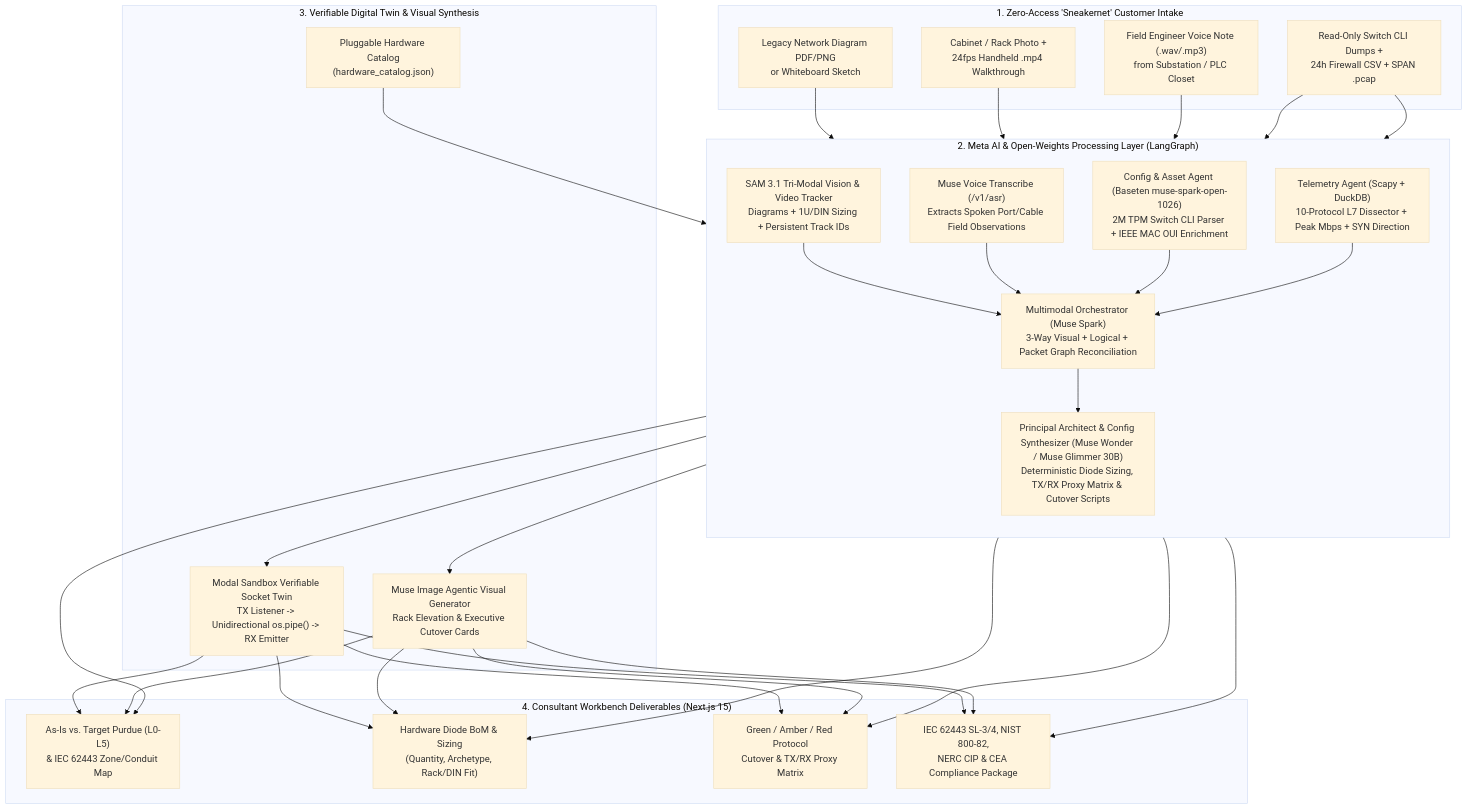
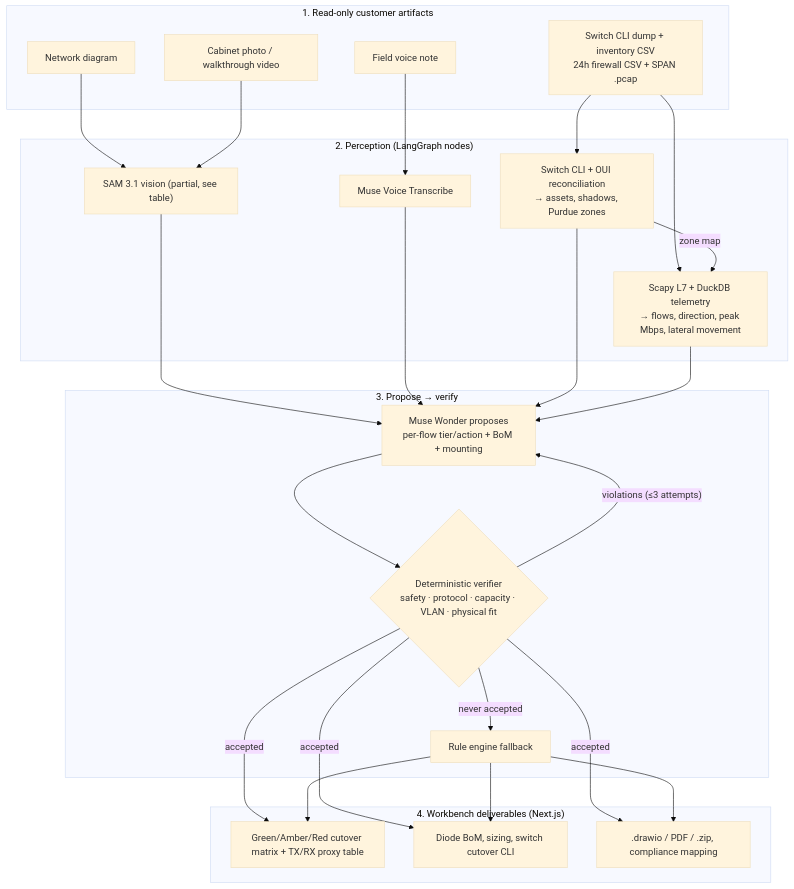
The first of 2 diagrams in README.md (lopesrohan1988/conduit-ai), drawn with Mermaid (base theme) before and after one commit. The commit also changed other lines of this file, not shown here.

Commit message:
docs(readme): replace over-claims with measured results and live-status table

````diff
--- a/README.md
+++ b/README.md
@@ -42,41 +77,38 @@
 ```mermaid
 flowchart TD
-    subgraph Intake["1. Zero-Access 'Sneakernet' Customer Intake"]
-        I1["Legacy Network Diagram PDF/PNG<br/>or Whiteboard Sketch"]
-        I2["Cabinet / Rack Photo +<br/>24fps Handheld .mp4 Walkthrough"]
-        I3["Field Engineer Voice Note (.wav/.mp3)<br/>from Substation / PLC Closet"]
-        I4["Read-Only Switch CLI Dumps +<br/>24h Firewall CSV + SPAN .pcap"]
+    subgraph Intake["1. Read-only customer artifacts"]
+        I1["Network diagram"]
+        I2["Cabinet photo / walkthrough video"]
+        I3["Field voice note"]
+        I4["Switch CLI dump + inventory CSV<br/>24h firewall CSV + SPAN .pcap"]
     end
 
-    subgraph Agents["2. Meta AI & Open-Weights Processing Layer (LangGraph)"]
-        direction TB
-        V1["SAM 3.1 Tri-Modal Vision & Video Tracker<br/>Diagrams + 1U/DIN Sizing + Persistent Track IDs"]
-        ASR["Muse Voice Transcribe (/v1/asr)<br/>Extracts Spoken Port/Cable Field Observations"]
-        P1["Config & Asset Agent (Baseten muse-spark-open-1026)<br/>2M TPM Switch CLI Parser + IEEE MAC OUI Enrichment"]
-        T1["Telemetry Agent (Scapy + DuckDB)<br/>10-Protocol L7 Dissector + Peak Mbps + SYN Direction"]
-        SUP["Multimodal Orchestrator (Muse Spark)<br/>3-Way Visual + Logical + Packet Graph Reconciliation"]
-        ARCH["Principal Architect & Config Synthesizer (Muse Wonder / Muse Glimmer 30B)<br/>Deterministic Diode Sizing, TX/RX Proxy Matrix & Cutover Scripts"]
+    subgraph Perception["2. Perception (LangGraph nodes)"]
+        V1["SAM 3.1 vision (partial, see table)"]
+        ASR["Muse Voice Transcribe"]
+        P1["Switch CLI + OUI reconciliation<br/>→ assets, shadows, Purdue zones"]
+        T1["Scapy L7 + DuckDB telemetry<br/>→ flows, direction, peak Mbps, lateral movement"]
     end
 
-    subgraph Engine["3. Verifiable Digital Twin & Visual Synthesis"]
-        CAT["Pluggable Hardware Catalog<br/>(hardware_catalog.json)"]
-        SIM["Modal Sandbox Verifiable Socket Twin<br/>TX Listener -> Unidirectional os.pipe() -> RX Emitter"]
-        IMG["Muse Image Agentic Visual Generator<br/>Rack Elevation & Executive Cutover Cards"]
+    subgraph Design["3. Propose → verify"]
+        ARCH["Muse Wonder proposes<br/>per-flow tier/action + BoM + mounting"]
+        VER{"Deterministic verifier<br/>safety · protocol · capacity · VLAN · physical fit"}
+        RULE["Rule engine fallback"]
     end
 
-    subgraph Outputs["4. Consultant Workbench Deliverables (Next.js 15)"]
-        O1["As-Is vs. Target Purdue (L0-L5)<br/>& IEC 62443 Zone/Conduit Map"]
-        O2["Hardware Diode BoM & Sizing<br/>(Quantity, Archetype, Rack/DIN Fit)"]
-        O3["Green / Amber / Red Protocol<br/>Cutover & TX/RX Proxy Matrix"]
-        O4["IEC 62443 SL-3/4, NIST 800-82,<br/>NERC CIP & CEA Compliance Package"]
+    subgraph Outputs["4. Workbench deliverables (Next.js)"]
+        O1["Green/Amber/Red cutover matrix + TX/RX proxy table"]
+        O2["Diode BoM, sizing, switch cutover CLI"]
+        O3[".drawio / PDF / .zip, compliance mapping"]
     end
 
     I1 & I2 --> V1
     I3 --> ASR
     I4 --> P1 & T1
-    V1 & ASR & P1 & T1 --> SUP
-    SUP & CAT --> ARCH
-    ARCH --> SIM
-    ARCH --> IMG
-    SIM & IMG & ARCH --> O1 & O2 & O3 & O4
+    P1 -- zone map --> T1
+    V1 & ASR & P1 & T1 --> ARCH
+    ARCH --> VER
+    VER -- "violations (≤3 attempts)" --> ARCH
+    VER -- accepted --> O1 & O2 & O3
+    VER -- "never accepted" --> RULE --> O1 & O2 & O3
 ```
````
